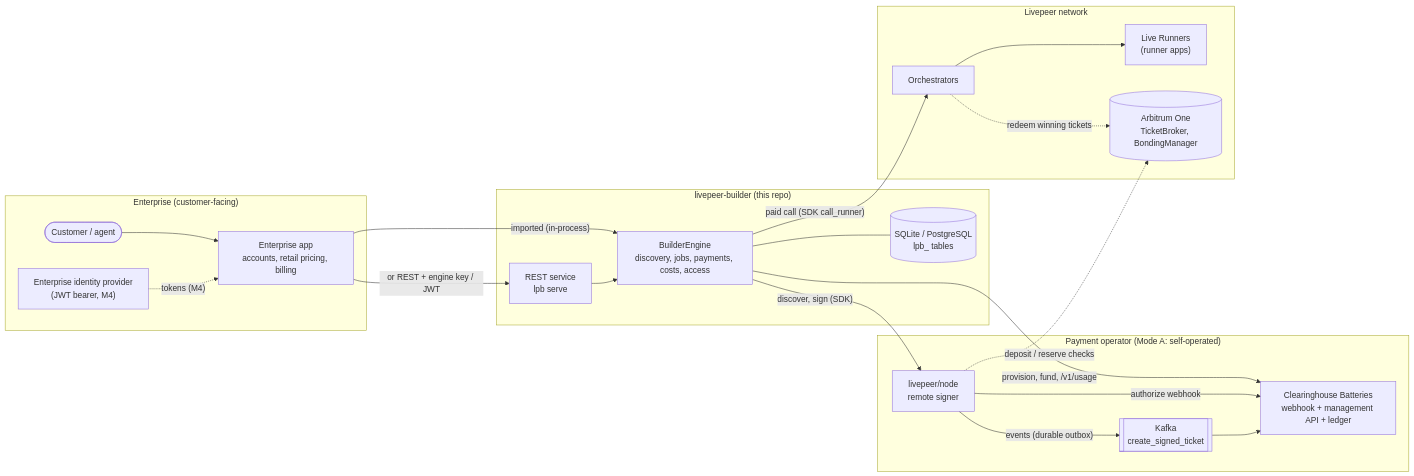
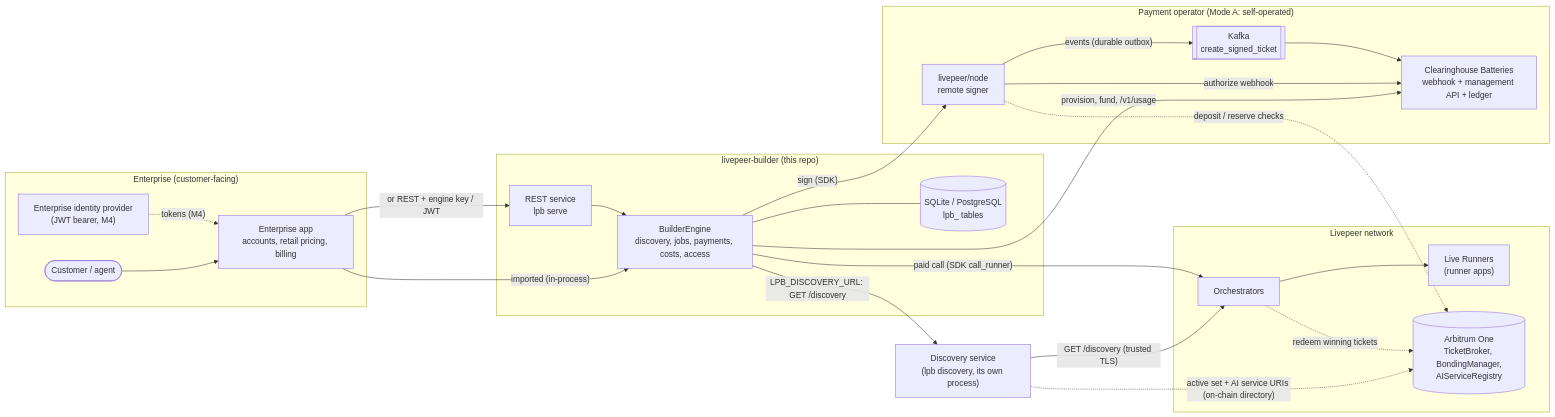
The first of 12 diagrams in docs/design-docs/architecture-diagrams.md (NE-Build-Track/livepeer-builder-core), drawn with Mermaid before and after one commit. The commit also changed other lines of this file and 19 other files, not shown here.

````diff
--- a/docs/design-docs/architecture-diagrams.md
+++ b/docs/design-docs/architecture-diagrams.md
@@ -16,35 +16,39 @@
 ```mermaid
 flowchart LR
     subgraph Enterprise["Enterprise (customer-facing)"]
         User(["Customer / agent"])
         App["Enterprise app<br/>accounts, retail pricing, billing"]
         IdP["Enterprise identity provider<br/>(JWT bearer, M4)"]
     end
     subgraph Engine["livepeer-builder (this repo)"]
         API["REST service<br/>lpb serve"]
         Core["BuilderEngine<br/>discovery, jobs, payments, costs, access"]
         DB[("SQLite / PostgreSQL<br/>lpb_ tables")]
     end
     subgraph Payments["Payment operator (Mode A: self-operated)"]
         Signer["livepeer/node<br/>remote signer"]
         Bat["Clearinghouse Batteries<br/>webhook + management API + ledger"]
         Kafka[["Kafka<br/>create_signed_ticket"]]
     end
     subgraph Network["Livepeer network"]
         Orch["Orchestrators"]
         Runner["Live Runners<br/>(runner apps)"]
-        Chain[("Arbitrum One<br/>TicketBroker, BondingManager")]
+        Chain[("Arbitrum One<br/>TicketBroker, BondingManager,<br/>AIServiceRegistry")]
     end
+    DiscSvc["Discovery service<br/>(lpb discovery, its own process)"]
     User --> App
     App -->|"imported (in-process)"| Core
     App -->|"or REST + engine key / JWT"| API --> Core
     IdP -.->|"tokens (M4)"| App
     Core --- DB
-    Core -->|"discover, sign (SDK)"| Signer
+    Core -->|"sign (SDK)"| Signer
+    Core -->|"LPB_DISCOVERY_URL: GET /discovery"| DiscSvc
+    DiscSvc -->|"GET /discovery (trusted TLS)"| Orch
+    DiscSvc -.->|"active set + AI service URIs (on-chain directory)"| Chain
     Core -->|"provision, fund, /v1/usage"| Bat
     Core -->|"paid call (SDK call_runner)"| Orch --> Runner
     Signer -->|"authorize webhook"| Bat
     Signer -->|"events (durable outbox)"| Kafka --> Bat
     Signer -.->|"deposit / reserve checks"| Chain
     Orch -.->|"redeem winning tickets"| Chain
 ```
````
